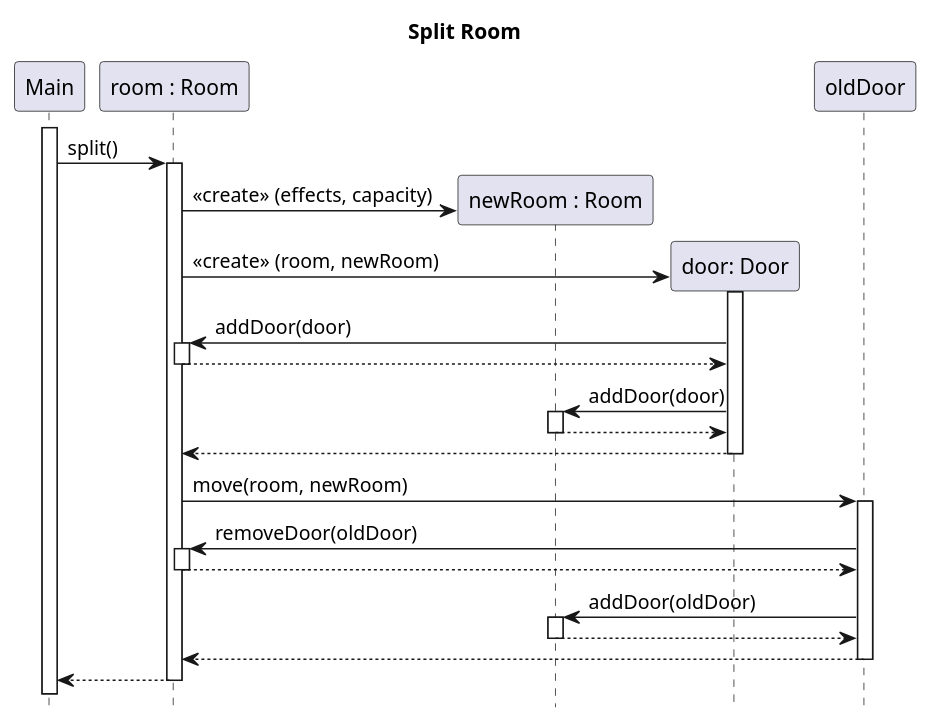
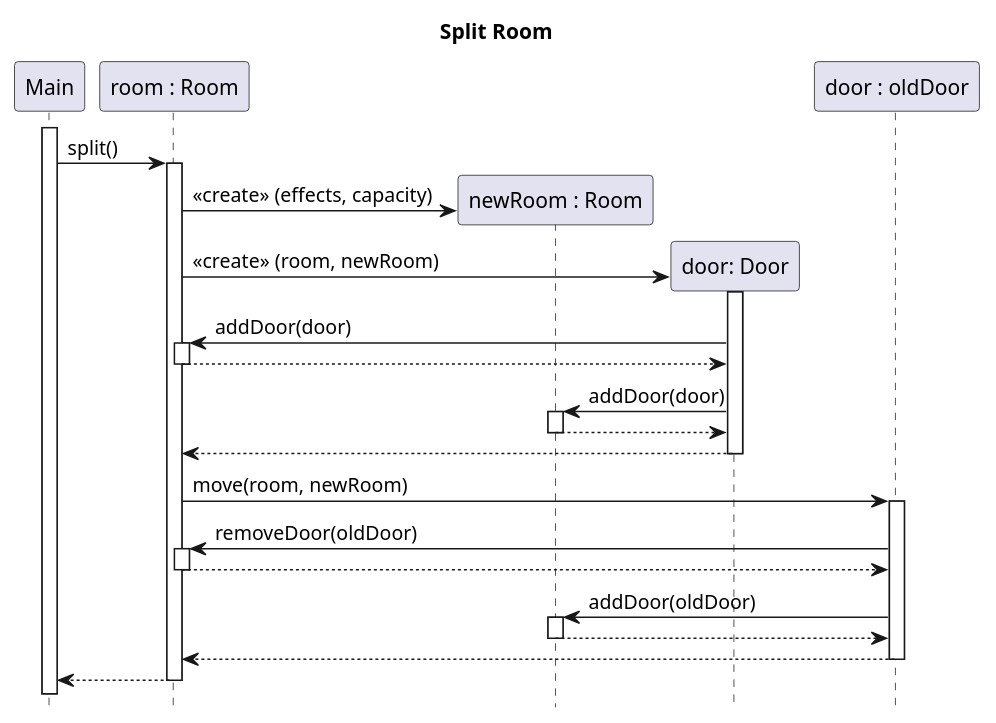
The diagram in docs/diagrams/test-sequence/room-spilt.puml (sn4k3ch4rm3r/logarlec), drawn with PlantUML before and after one commit.

Commit message:
Added type for oldDoor.

```diff
--- a/docs/diagrams/test-sequence/room-spilt.puml
+++ b/docs/diagrams/test-sequence/room-spilt.puml
@@ -1,29 +1,31 @@
 @startuml room-split
 title Split Room
 hide footbox
 skinparam SequenceReferenceBackgroundColor white
 
 participant Main
 participant "room : Room" as r1
+
 
 activate Main
 Main -> r1 ++: split()
 	create "newRoom : Room" as r2
 	r1 -> r2: <<create>> (effects, capacity)
 	create  "door: Door" as d
 	r1 -> d ++: <<create>> (room, newRoom)
 		d -> r1 ++ : addDoor(door)
 		return
 		d -> r2 ++ : addDoor(door)
 		return
 	return
+	participant "door : oldDoor" as oldDoor
 	r1 -> oldDoor ++: move(room, newRoom)
 		oldDoor -> r1 ++: removeDoor(oldDoor)
 		return
 		oldDoor -> r2 ++: addDoor(oldDoor)
 		return
 	return
 
 return
 
 @enduml
```
